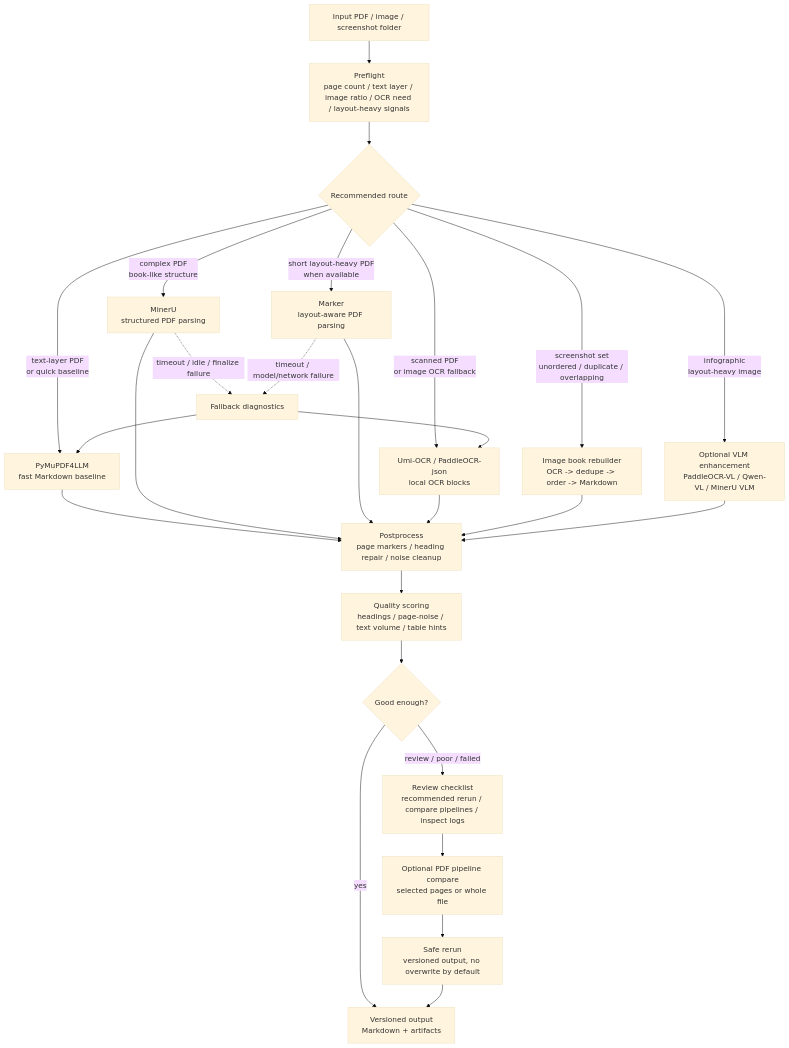
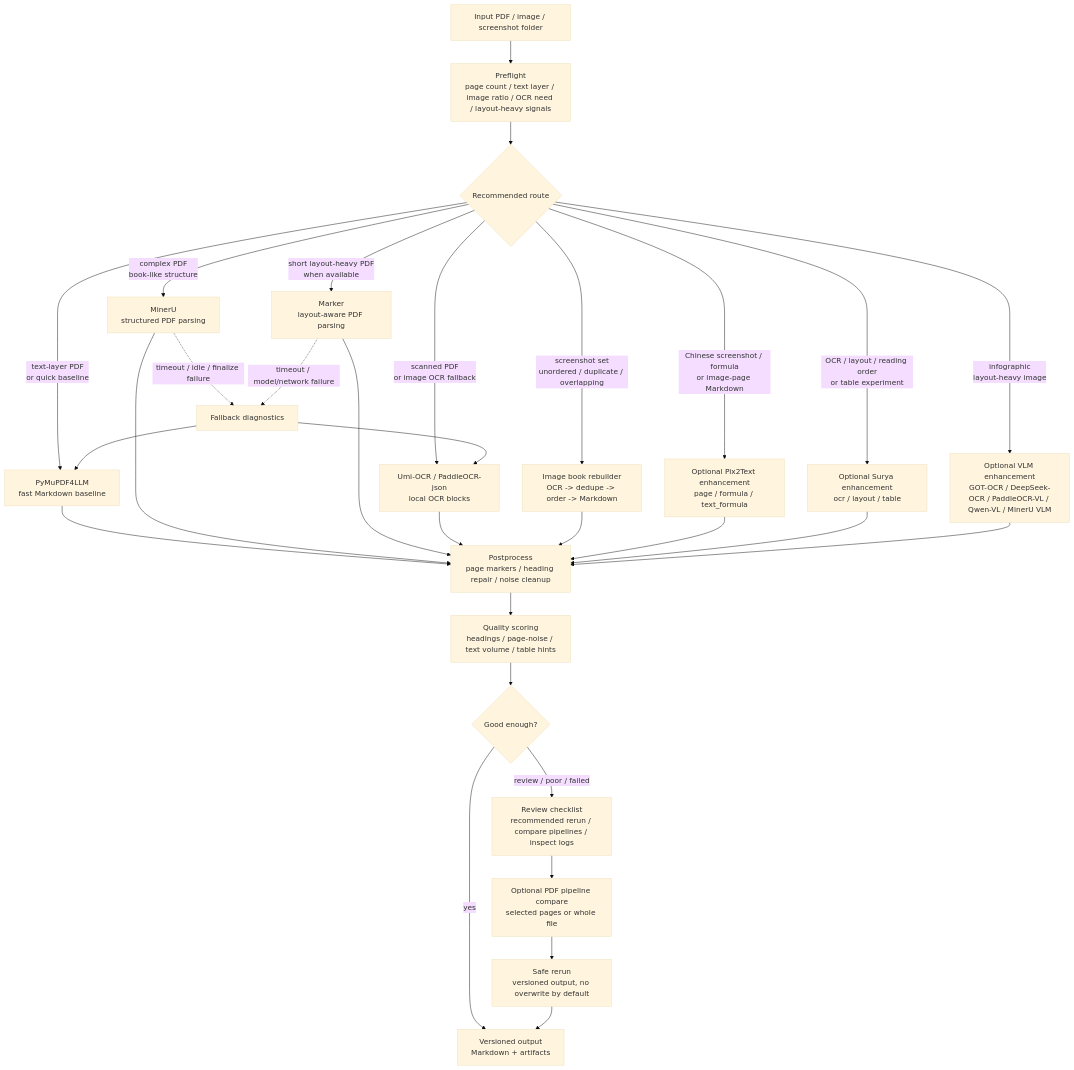
One commit to lightcoloror/ebook-markdown-pipeline changed the third of 3 diagrams in docs/ARCHITECTURE.md. Above: the diagram before and after it, drawn with Mermaid (base theme). The commit also changed other lines of this file and 52 other files, not shown here.

Commit message:
feat: add optional document OCR backends

````diff
--- a/docs/ARCHITECTURE.md
+++ b/docs/ARCHITECTURE.md
@@ -77,35 +77,39 @@
 ```mermaid
 flowchart TD
     input["Input PDF / image / screenshot folder"] --> preflight["Preflight\npage count / text layer / image ratio / OCR need / layout-heavy signals"]
 
     preflight --> decision{"Recommended route"}
 
     decision -->|"text-layer PDF\nor quick baseline"| pymupdf["PyMuPDF4LLM\nfast Markdown baseline"]
     decision -->|"complex PDF\nbook-like structure"| mineru["MinerU\nstructured PDF parsing"]
     decision -->|"short layout-heavy PDF\nwhen available"| marker["Marker\nlayout-aware PDF parsing"]
     decision -->|"scanned PDF\nor image OCR fallback"| umi["Umi-OCR / PaddleOCR-json\nlocal OCR blocks"]
     decision -->|"screenshot set\nunordered / duplicate / overlapping"| imagebook["Image book rebuilder\nOCR -> dedupe -> order -> Markdown"]
-    decision -->|"infographic\nlayout-heavy image"| vlm["Optional VLM enhancement\nPaddleOCR-VL / Qwen-VL / MinerU VLM"]
+    decision -->|"Chinese screenshot / formula\nor image-page Markdown"| pix2text["Optional Pix2Text enhancement\npage / formula / text_formula"]
+    decision -->|"OCR / layout / reading order\nor table experiment"| surya["Optional Surya enhancement\nocr / layout / table"]
+    decision -->|"infographic\nlayout-heavy image"| vlm["Optional VLM enhancement\nGOT-OCR / DeepSeek-OCR / PaddleOCR-VL / Qwen-VL / MinerU VLM"]
 
     pymupdf --> post["Postprocess\npage markers / heading repair / noise cleanup"]
     mineru --> post
     marker --> post
     umi --> post
     imagebook --> post
+    pix2text --> post
+    surya --> post
     vlm --> post
 
     post --> score["Quality scoring\nheadings / page-noise / text volume / table hints"]
     score --> ok{"Good enough?"}
 
     ok -->|"yes"| output["Versioned output\nMarkdown + artifacts"]
     ok -->|"review / poor / failed"| review["Review checklist\nrecommended rerun / compare pipelines / inspect logs"]
 
     review --> compare["Optional PDF pipeline compare\nselected pages or whole file"]
     compare --> rerun["Safe rerun\nversioned output, no overwrite by default"]
     rerun --> output
 
     mineru -. "timeout / idle / finalize failure" .-> fallback["Fallback diagnostics"]
     marker -. "timeout / model/network failure" .-> fallback
     fallback --> pymupdf
     fallback --> umi
 ```
````
